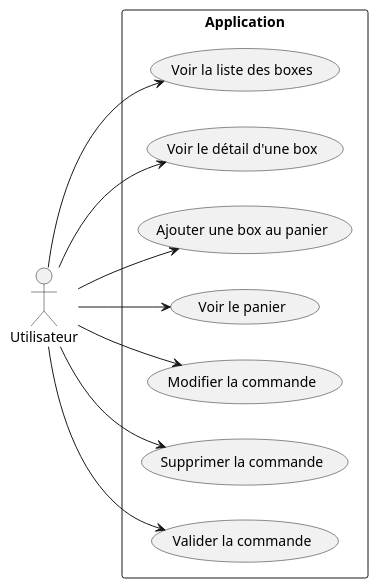
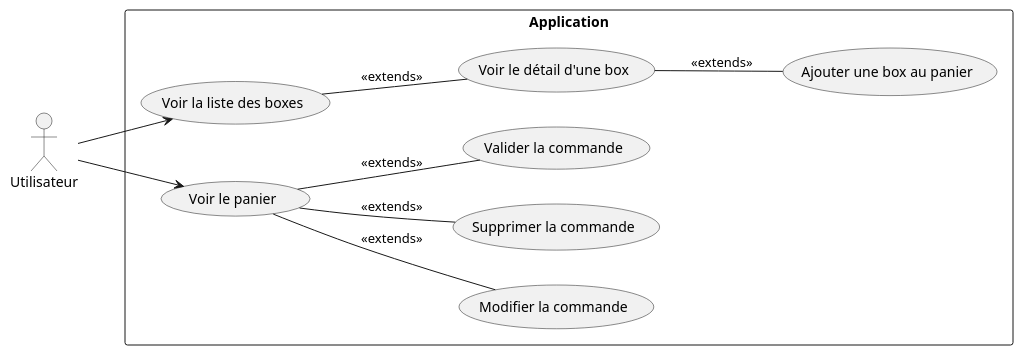
The diagram in zMoi/utilisation.puml (TabarBaptiste/sushiFast), drawn with PlantUML before and after one commit. The commit also changed 10 other files, not shown here.

```diff
--- a/zMoi/utilisation.puml
+++ b/zMoi/utilisation.puml
@@ -1,23 +1,23 @@
 @startuml ut
 left to right direction
 
 actor Utilisateur as user
 rectangle Application {
   usecase "Voir la liste des boxes" as UC1
   usecase "Voir le détail d'une box" as UC2
   usecase "Ajouter une box au panier" as UC3
   usecase "Voir le panier" as UC4
   usecase "Modifier la commande" as UC6
   usecase "Supprimer la commande" as UC7
   usecase "Valider la commande" as UC5
 }
 
 user --> UC1
-user --> UC2
-user --> UC3
+UC1 -- UC2 : <<extends>>
+UC2 -- UC3 : <<extends>>
 user --> UC4
-user --> UC6
-user --> UC7
-user --> UC5
+UC4 -- UC6 : <<extends>>
+UC4 -- UC7 : <<extends>>
+UC4 -- UC5 : <<extends>>
 
 @enduml
```
